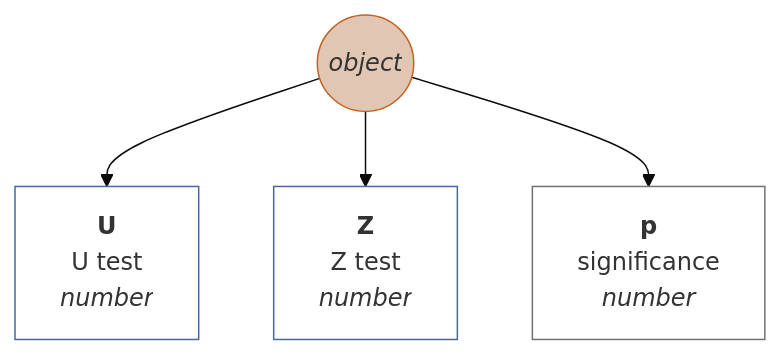
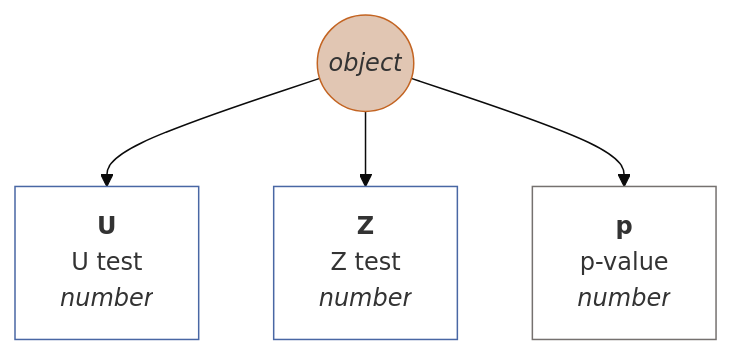
Before and after one commit to muzikp/retusa: diagram 35 of 38 in docs/en-GB.md, drawn with Mermaid (base theme). The commit also changed other lines of this file and 8 other files, not shown here.

````diff
--- a/docs/en-GB.md
+++ b/docs/en-GB.md
@@ -1424,16 +1424,16 @@
 ```mermaid
 graph TD
 mwu((<i>object</i>))
 style mwu fill:#E1C6B3;
 style mwu stroke:#C36422;
 mwu --> U[<b>U</b><br>U test <br><i>number</i>]
 style U fill:#FFFFFF;
 style U stroke:#4967A4;
 mwu --> Z[<b>Z</b><br>Z test <br><i>number</i>]
 style Z fill:#FFFFFF;
 style Z stroke:#4967A4;
-mwu --> p[<b>p</b><br>significance <br><i>number</i>]
+mwu --> p[<b>p</b><br>p-value <br><i>number</i>]
 style p fill:#FFFFFF;
 style p stroke:#75716F;
 
 ```
````
